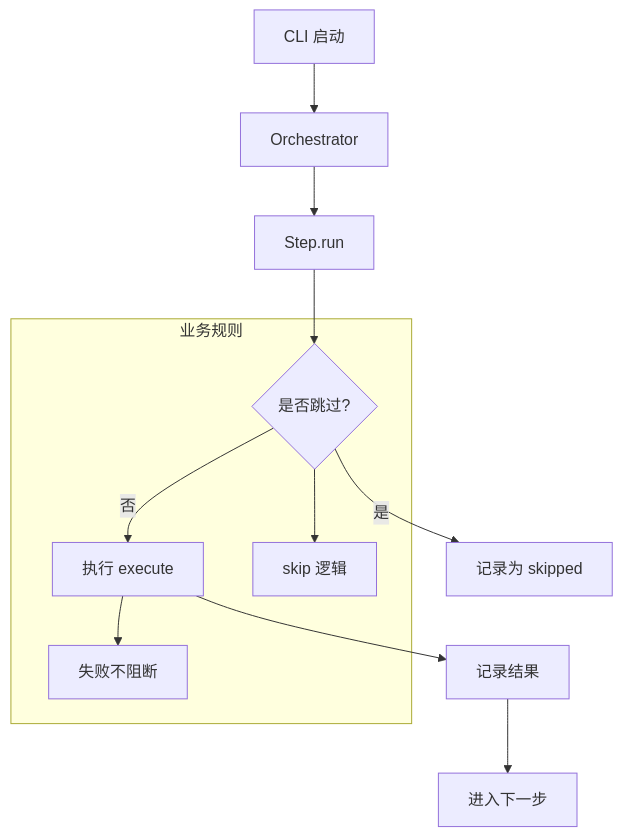
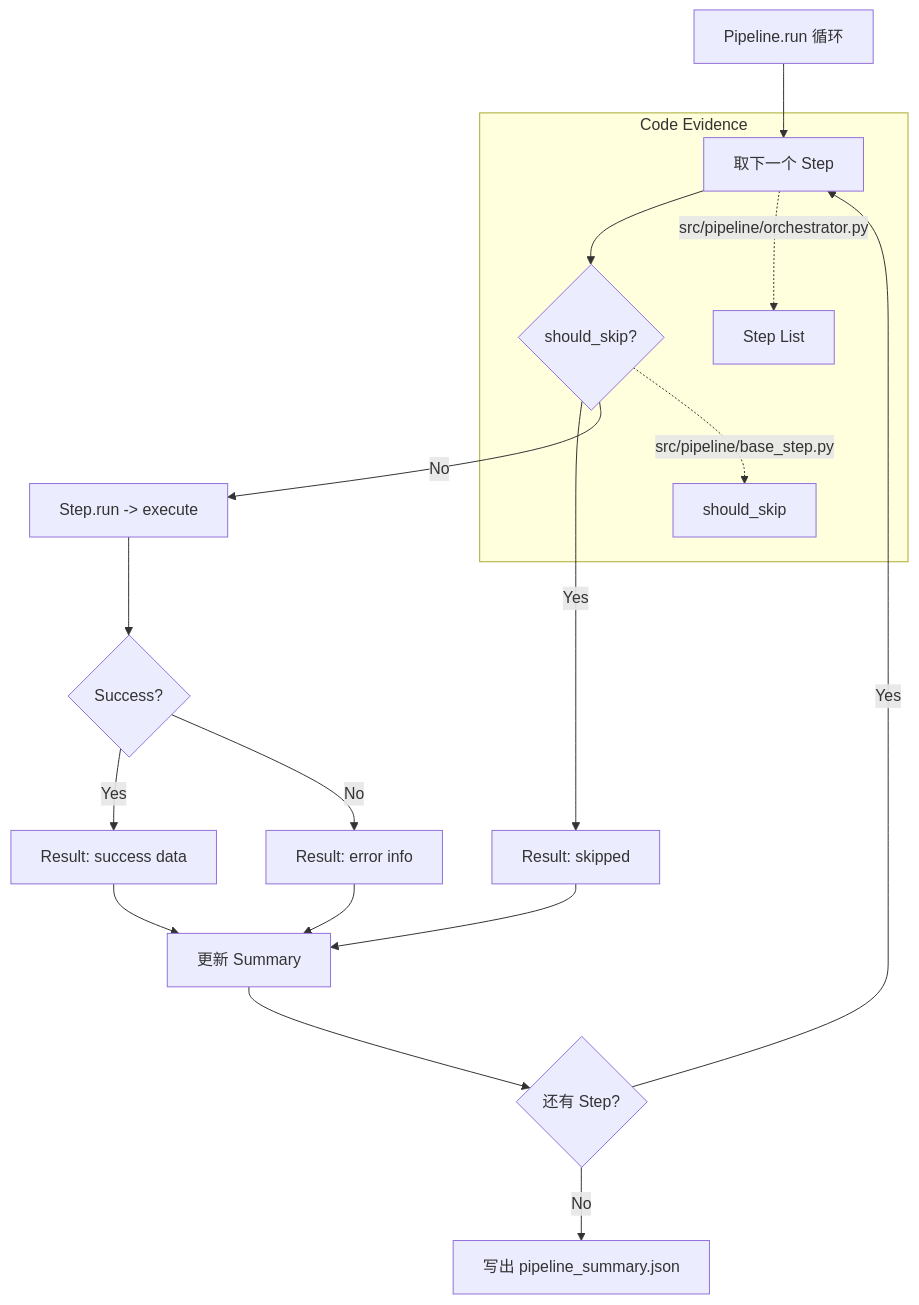
The diagram in docs/features/04_pipeline/pipeline_orchestration.md (FlutteryEmbers/intelligent_code), drawn with Mermaid before and after one commit. The commit also changed other lines of this file and 8 other files, not shown here.

````diff
--- a/docs/features/04_pipeline/pipeline_orchestration.md
+++ b/docs/features/04_pipeline/pipeline_orchestration.md
@@ -34,15 +58,19 @@
 ```mermaid
 flowchart TD
-  A[CLI 启动] --> B[Orchestrator]
-  B --> C[Step.run]
-  C --> D{是否跳过?}
-  D -- 是 --> E[记录为 skipped]
-  D -- 否 --> F[执行 execute]
-  F --> G[记录结果]
-  G --> H[进入下一步]
+  A[Pipeline.run 循环] --> B[取下一个 Step]
+  B --> C{should_skip?}
+  C -- Yes --> D[Result: skipped]
+  C -- No --> E[Step.run -> execute]
+  E --> F{Success?}
+  F -- Yes --> G[Result: success data]
+  F -- No --> H[Result: error info]
+  D & G & H --> I[更新 Summary]
+  I --> J{还有 Step?}
+  J -- Yes --> B
+  J -- No --> K[写出 pipeline_summary.json]
 
-  subgraph 业务规则
-    D --> D1[skip 逻辑]
-    F --> F1[失败不阻断]
+  subgraph Code Evidence
+    B -.-> |src/pipeline/orchestrator.py| steps[Step List]
+    C -.-> |src/pipeline/base_step.py| skip[should_skip]
   end
 ```
````
